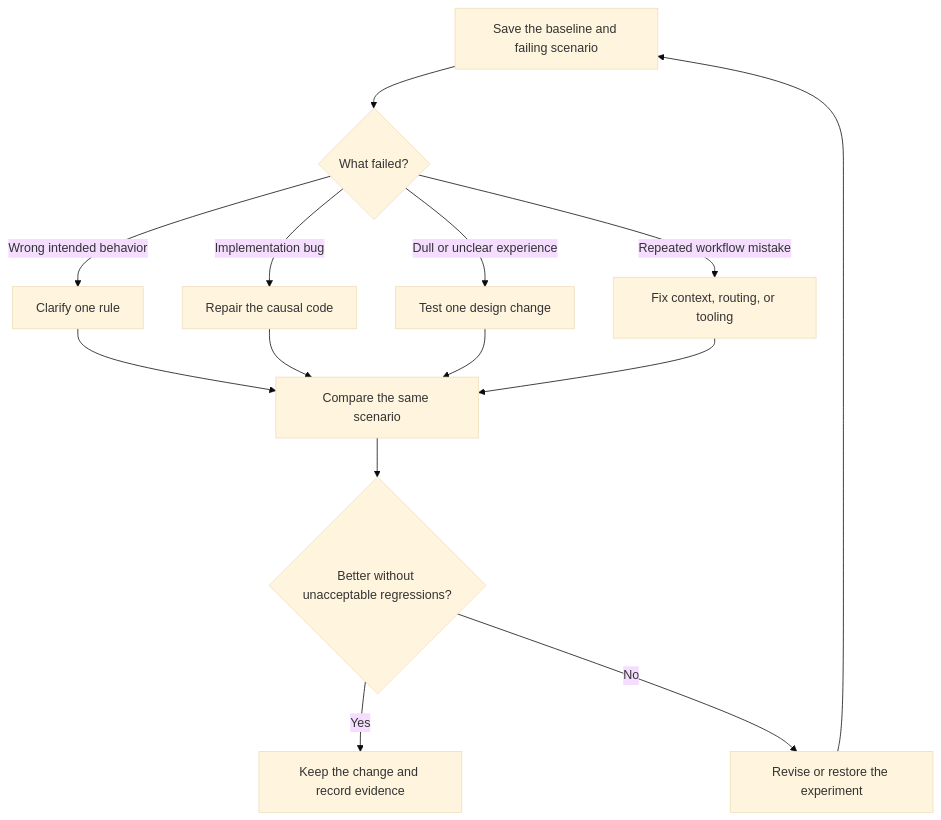
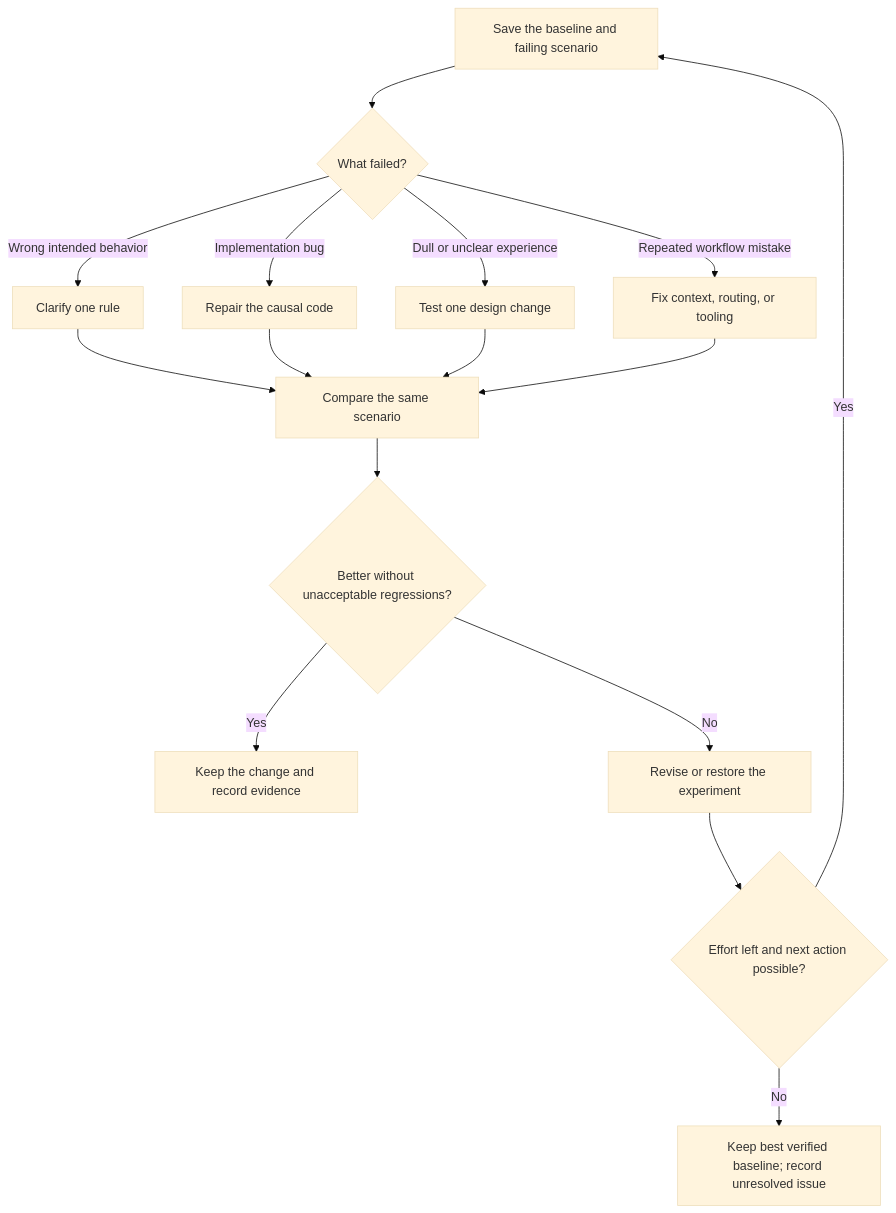
Before and after one commit to buicongnguyen/Better_skill: the diagram in diagrams/improvement-loop.mmd, drawn with Mermaid (base theme). The commit also changed 35 other files, not shown here.

```diff
--- a/diagrams/improvement-loop.mmd
+++ b/diagrams/improvement-loop.mmd
@@ -1,16 +1,18 @@
 flowchart TD
   accTitle: Improve through a controlled comparison
-  accDescr: Preserve a baseline, classify the failure, change the relevant part, compare the same scenario, and keep only demonstrated improvements.
+  accDescr: Preserve a baseline, classify the failure, change the relevant part, compare the same scenario, and keep demonstrated improvements. Stop at the effort limit or unavailable input and record the unresolved issue with the best verified baseline.
   A["Save the baseline and failing scenario"] --> B{"What failed?"}
   B -->|Wrong intended behavior| C["Clarify one rule"]
   B -->|Implementation bug| D["Repair the causal code"]
   B -->|Dull or unclear experience| E["Test one design change"]
   B -->|Repeated workflow mistake| F["Fix context, routing, or tooling"]
   C --> G["Compare the same scenario"]
   D --> G
   E --> G
   F --> G
   G --> H{"Better without unacceptable regressions?"}
   H -->|Yes| I["Keep the change and record evidence"]
   H -->|No| J["Revise or restore the experiment"]
-  J --> A
+  J --> K{"Effort left and next action possible?"}
+  K -->|Yes| A
+  K -->|No| L["Keep best verified baseline; record unresolved issue"]
```
